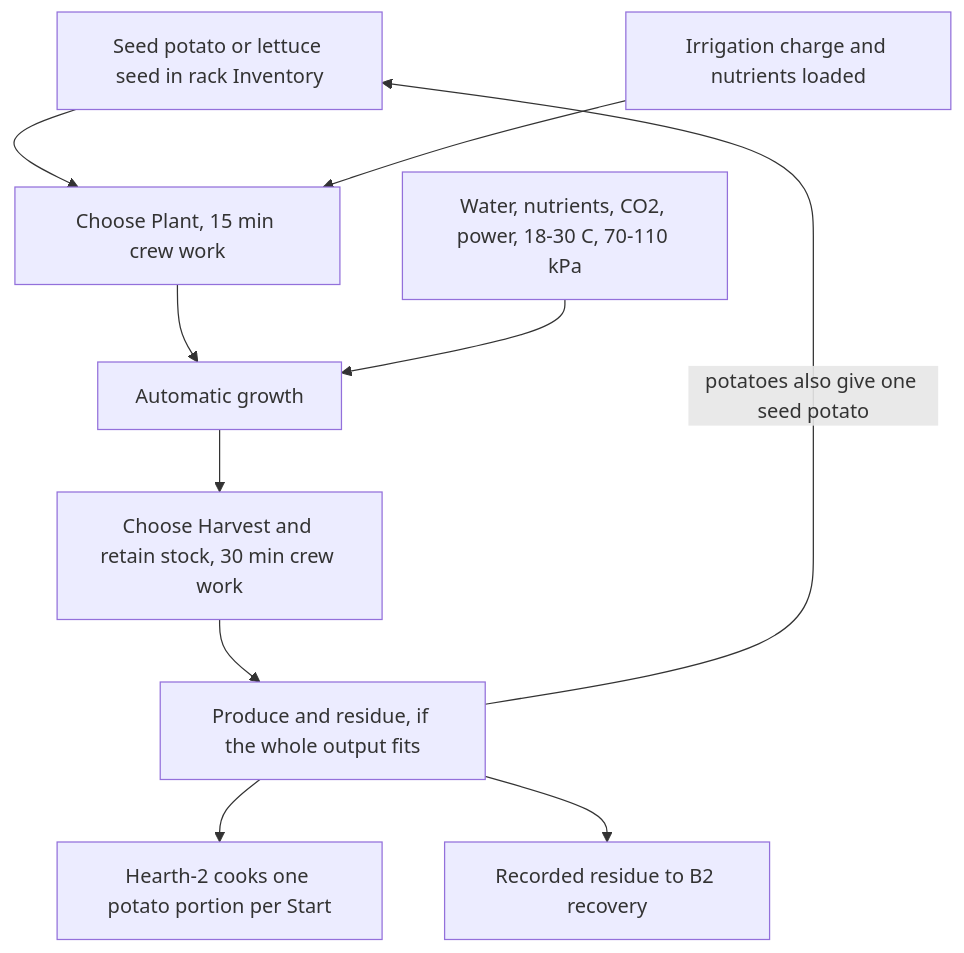
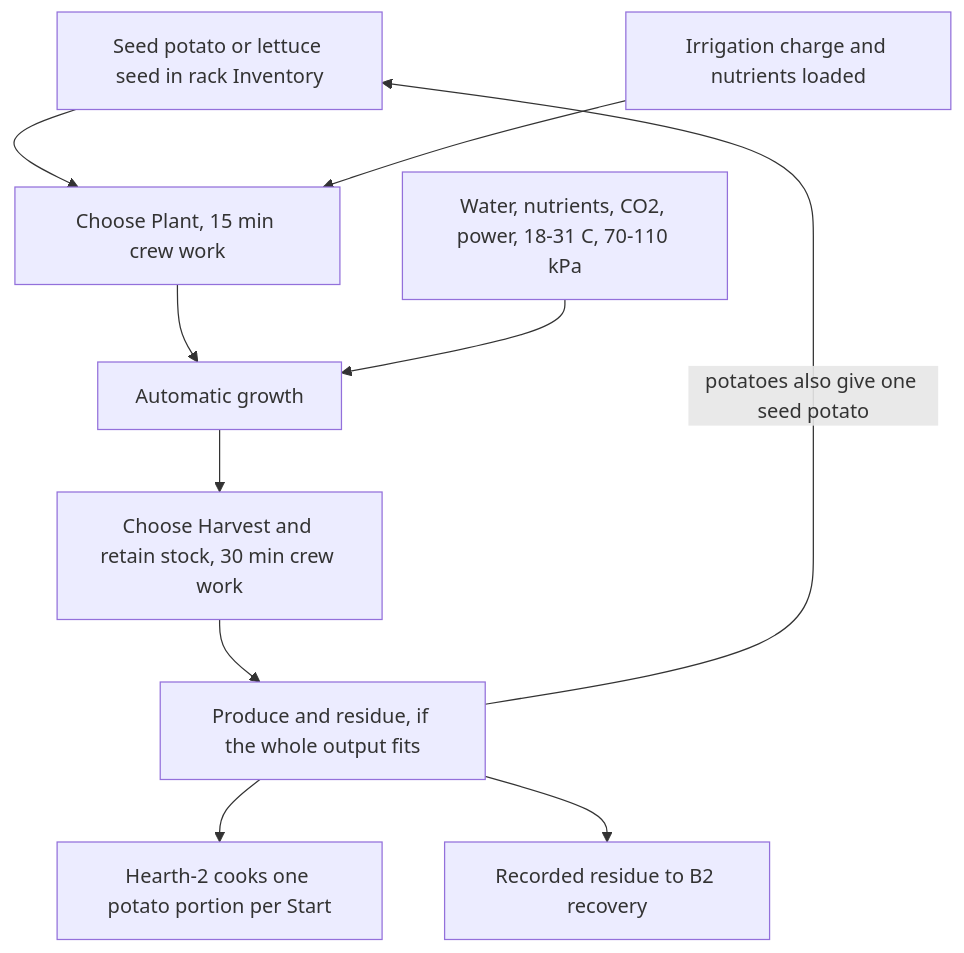
Before and after one commit to phobos-dthorga/phobos-ostranauts: the diagram in docs/agriculture-player-guide.md, drawn with Mermaid. The commit also changed other lines of this file and 56 other files, not shown here.

````diff
--- a/docs/agriculture-player-guide.md
+++ b/docs/agriculture-player-guide.md
@@ -118,12 +128,12 @@
 ```mermaid
 flowchart TD
     Stock["Seed potato or lettuce seed in rack Inventory"] --> Plant["Choose Plant, 15 min crew work"]
     Supplies["Irrigation charge and nutrients loaded"] --> Plant
     Plant --> Grow["Automatic growth"]
-    Needs["Water, nutrients, CO2, power, 18-30 C, 70-110 kPa"] --> Grow
+    Needs["Water, nutrients, CO2, power, 18-31 C, 70-110 kPa"] --> Grow
     Grow --> Harvest["Choose Harvest and retain stock, 30 min crew work"]
     Harvest --> Produce["Produce and residue, if the whole output fits"]
     Produce --> Cook["Hearth-2 cooks one potato portion per Start"]
     Produce --> B2["Recorded residue to B2 recovery"]
     Produce -->|potatoes also give one seed potato| Stock
 ```
````
